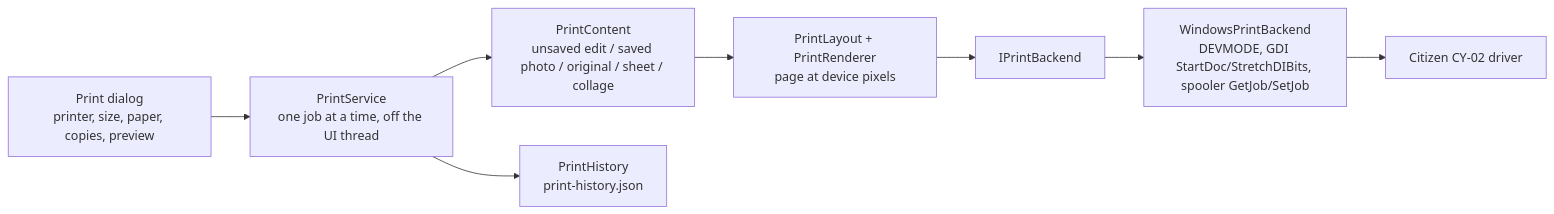
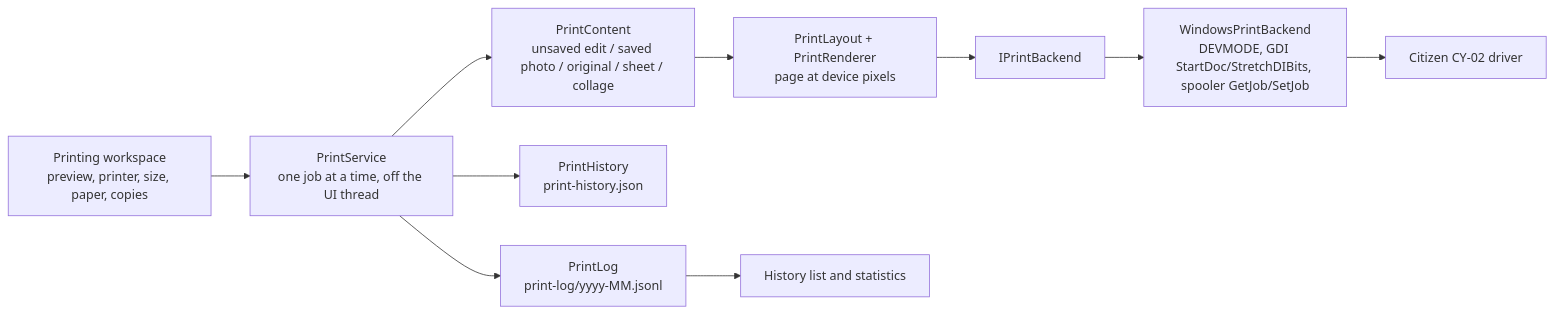
Before and after one commit to NorbCraft/PhotoX: the third of 3 diagrams in docs/ARCHITECTURE.md, drawn with Mermaid. The commit also changed other lines of this file and 11 other files, not shown here.

````diff
--- a/docs/ARCHITECTURE.md
+++ b/docs/ARCHITECTURE.md
@@ -238,10 +243,12 @@
 ```mermaid
 flowchart LR
-    Dialog[Print dialog<br/>printer, size, paper, copies, preview] --> Queue[PrintService<br/>one job at a time, off the UI thread]
+    Workspace[Printing workspace<br/>preview, printer, size, paper, copies] --> Queue[PrintService<br/>one job at a time, off the UI thread]
     Queue --> Content[PrintContent<br/>unsaved edit / saved photo / original / sheet / collage]
     Content --> Page[PrintLayout + PrintRenderer<br/>page at device pixels]
     Page --> Backend[IPrintBackend]
     Backend --> Win[WindowsPrintBackend<br/>DEVMODE, GDI StartDoc/StretchDIBits, spooler GetJob/SetJob]
     Win --> Driver[Citizen CY-02 driver]
     Queue --> History[PrintHistory<br/>print-history.json]
+    Queue --> Log[PrintLog<br/>print-log/yyyy-MM.jsonl]
+    Log --> Stats[History list and statistics]
 ```
````
